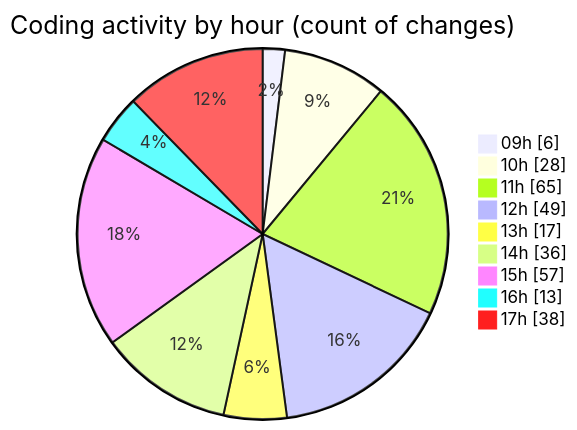
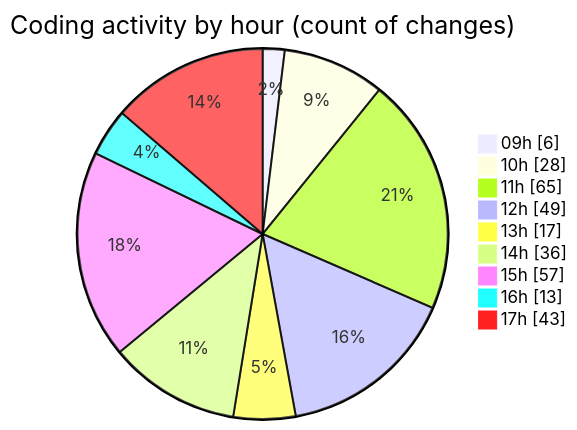
One commit to momahboobian/code-tracking changed the second of 2 diagrams in 2025-03-27/cda/README.md. Above: the diagram before and after it, drawn with Mermaid. The commit also changed other lines of this file and 1 other file, not shown here.

````diff
--- a/2025-03-27/cda/README.md
+++ b/2025-03-27/cda/README.md
@@ -39,13 +39,13 @@
 ```mermaid
 pie showData
 title Coding activity by hour (count of changes)
 "09h" : 6
 "10h" : 28
 "11h" : 65
 "12h" : 49
 "13h" : 17
 "14h" : 36
 "15h" : 57
 "16h" : 13
-"17h" : 38
+"17h" : 43
 ```
````
